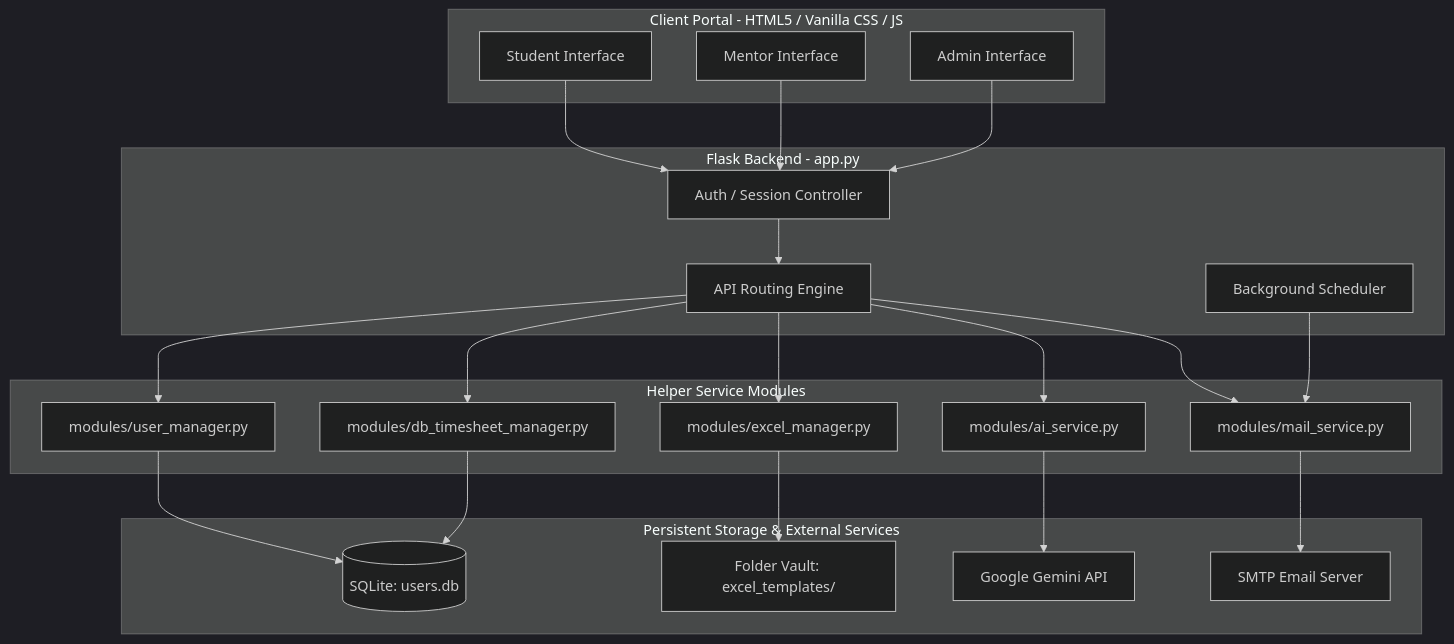
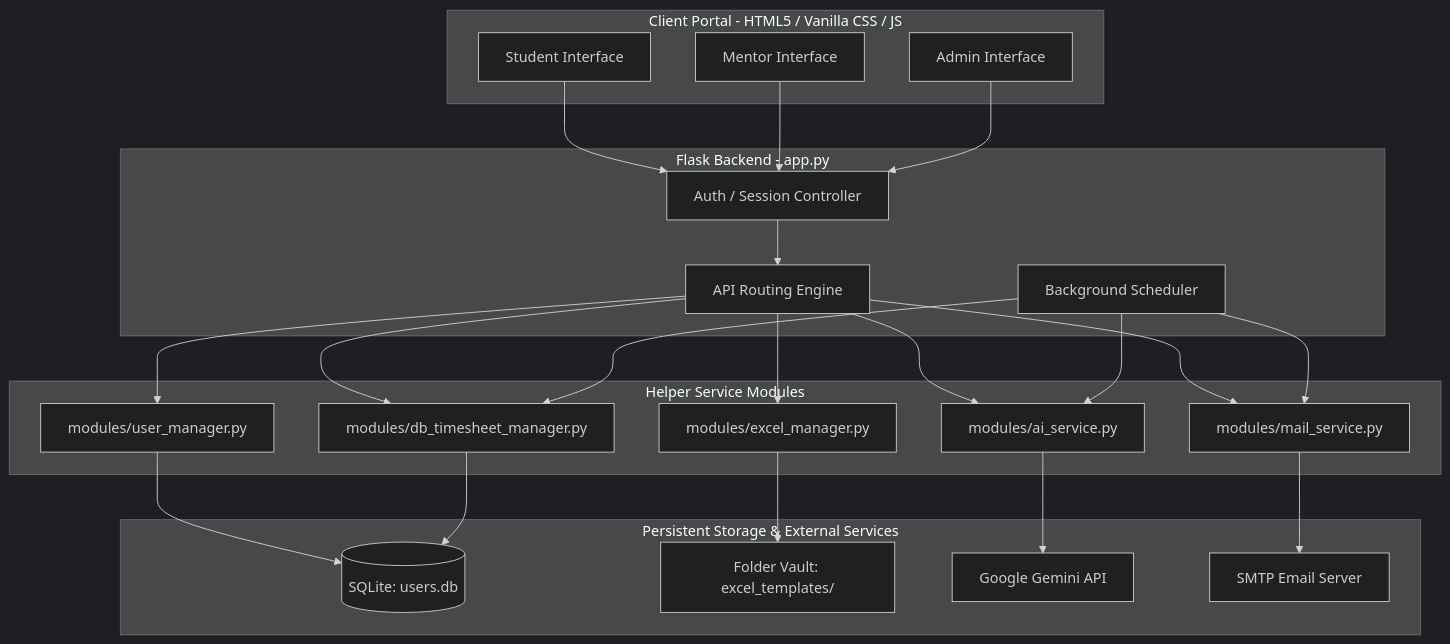
The diagram in Docs/project_documentation.md (Gauthamkrishna121/LogiSync_), drawn with Mermaid (dark theme) before and after one commit. The commit also changed other lines of this file and 4 other files, not shown here.

````diff
--- a/Docs/project_documentation.md
+++ b/Docs/project_documentation.md
@@ -11,50 +11,54 @@
 ```mermaid
 graph TD
     subgraph Client [Client Portal - HTML5 / Vanilla CSS / JS]
         Student[Student Interface]
         Mentor[Mentor Interface]
         Admin[Admin Interface]
     end
 
     subgraph Backend [Flask Backend - app.py]
         Auth[Auth / Session Controller]
         Routes[API Routing Engine]
         Scheduler[Background Scheduler]
     end
 
     subgraph Modules [Helper Service Modules]
         DBM[modules/user_manager.py]
         TSM[modules/db_timesheet_manager.py]
         Excel[modules/excel_manager.py]
         AI[modules/ai_service.py]
         Mail[modules/mail_service.py]
     end
 
     subgraph Storage [Persistent Storage & External Services]
         DB[(SQLite: users.db)]
         Files[Folder Vault: excel_templates/]
         Gemini[Google Gemini API]
         SMTP[SMTP Email Server]
     end
 
     %% Client links
     Student --> Auth
     Mentor --> Auth
     Admin --> Auth
     Auth --> Routes
 
     %% Routing to modules
     Routes --> DBM
     Routes --> TSM
     Routes --> Excel
     Routes --> AI
     Routes --> Mail
 
     %% Modules to storage
     DBM --> DB
     TSM --> DB
     Excel --> Files
     AI --> Gemini
     Mail --> SMTP
+    
+    %% Scheduler tasks
+    Scheduler --> TSM
+    Scheduler --> AI
     Scheduler --> Mail
 ```
````
